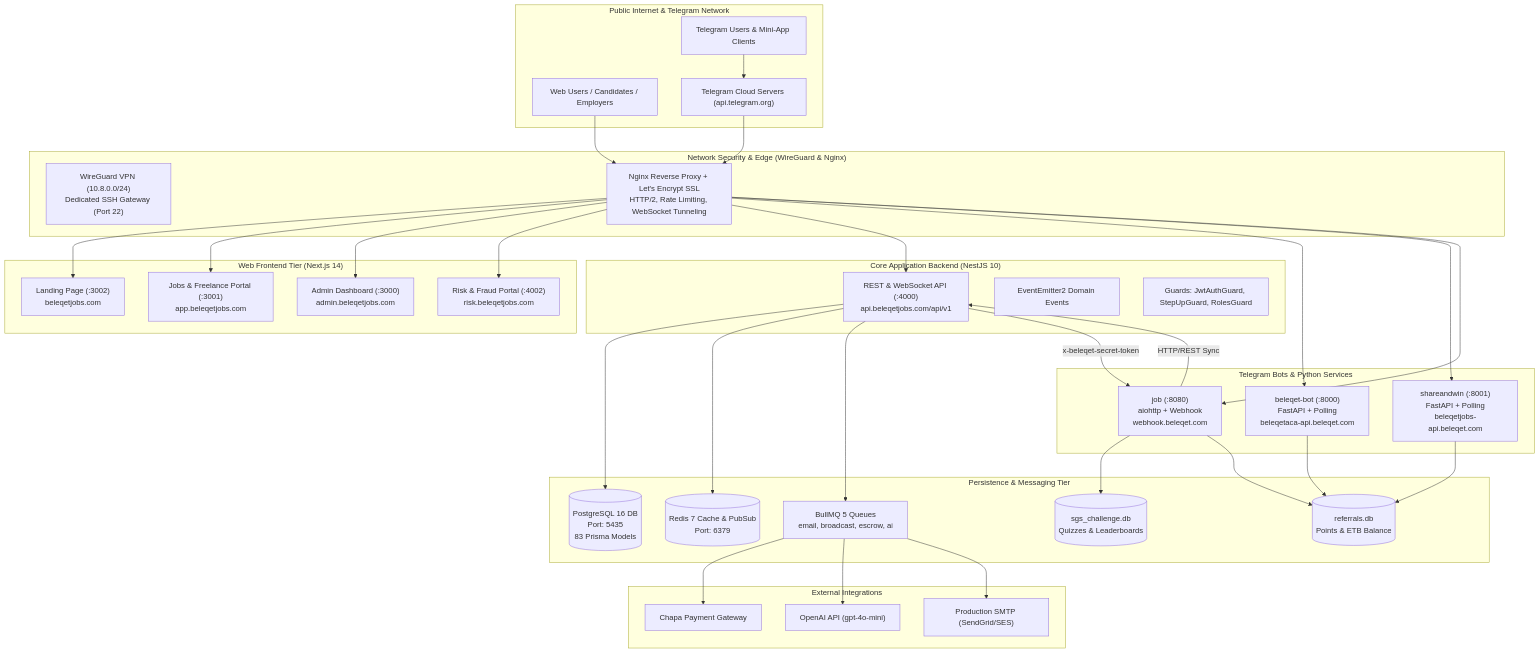
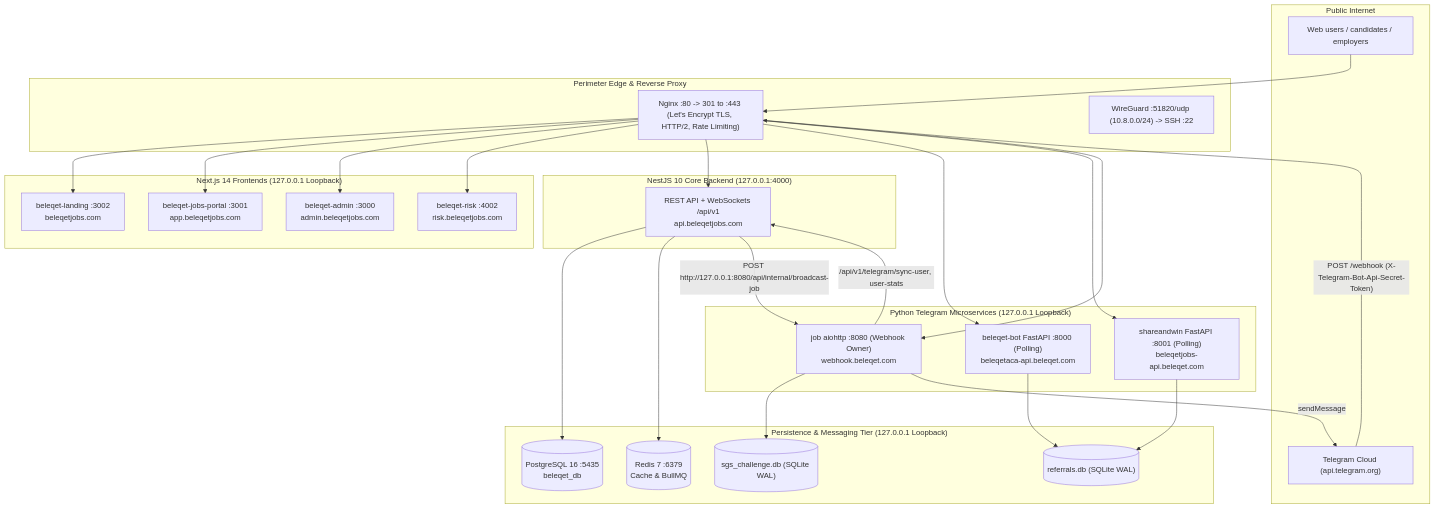
The first of 2 diagrams in docs/beleqet-jobs-system-documentation.md (Beleqet-Main-Ecosystem/beleqet-ecosystem-updated), drawn with Mermaid before and after one commit. The commit also changed other lines of this file, not shown here.

Commit message:
docs(system): finalize v2.5.0 standalone engineering & architecture specification

````diff
--- a/docs/beleqet-jobs-system-documentation.md
+++ b/docs/beleqet-jobs-system-documentation.md
@@ -77,63 +50,46 @@
 ```mermaid
 flowchart TB
-    subgraph InternetEdge ["Public Internet & Telegram Network"]
-        Users["Web Users / Candidates / Employers"]
-        TgClients["Telegram Users & Mini-App Clients"]
-        TgServers["Telegram Cloud Servers (api.telegram.org)"]
-    end
+  subgraph Public["Public Internet"]
+    U["Web users / candidates / employers"]
+    T["Telegram Cloud (api.telegram.org)"]
+  end
 
-    subgraph SecurityPerimeter ["Network Security & Edge (WireGuard & Nginx)"]
-        WireGuard["WireGuard VPN (10.8.0.0/24)<br>Dedicated SSH Gateway (Port 22)"]
-        NginxEdge["Nginx Reverse Proxy + Let's Encrypt SSL<br>HTTP/2, Rate Limiting, WebSocket Tunneling"]
-    end
+  subgraph Edge["Perimeter Edge & Reverse Proxy"]
+    NG["Nginx :80 -> 301 to :443 (Let's Encrypt TLS, HTTP/2, Rate Limiting)"]
+    WG["WireGuard :51820/udp (10.8.0.0/24) -> SSH :22"]
+  end
 
-    subgraph NextjsCluster ["Web Frontend Tier (Next.js 14)"]
-        Landing["Landing Page (:3002)<br>beleqetjobs.com"]
-        Portal["Jobs & Freelance Portal (:3001)<br>app.beleqetjobs.com"]
-        AdminUI["Admin Dashboard (:3000)<br>admin.beleqetjobs.com"]
-        FraudUI["Risk & Fraud Portal (:4002)<br>risk.beleqetjobs.com"]
-    end
+  subgraph Web["Next.js 14 Frontends (127.0.0.1 Loopback)"]
+    L["beleqet-landing :3002<br>beleqetjobs.com"]
+    P["beleqet-jobs-portal :3001<br>app.beleqetjobs.com"]
+    A["beleqet-admin :3000<br>admin.beleqetjobs.com"]
+    R["beleqet-risk :4002<br>risk.beleqetjobs.com"]
+  end
 
-    subgraph NestjsCore ["Core Application Backend (NestJS 10)"]
-        API["REST & WebSocket API (:4000)<br>api.beleqetjobs.com/api/v1"]
-        EventBus["EventEmitter2 Domain Events"]
-        AuthGuards["Guards: JwtAuthGuard, StepUpGuard, RolesGuard"]
-    end
+  subgraph Core["NestJS 10 Core Backend (127.0.0.1:4000)"]
+    API["REST API + WebSockets /api/v1<br>api.beleqetjobs.com"]
+  end
 
-    subgraph PythonBotCluster ["Telegram Bots & Python Services"]
-        AcaBot["beleqet-bot (:8000)<br>FastAPI + Polling<br>beleqetaca-api.beleqet.com"]
-        ShareBot["shareandwin (:8001)<br>FastAPI + Polling<br>beleqetjobs-api.beleqet.com"]
-        JobsBot["job (:8080)<br>aiohttp + Webhook<br>webhook.beleqet.com"]
-    end
+  subgraph Bots["Python Telegram Microservices (127.0.0.1 Loopback)"]
+    B1["beleqet-bot FastAPI :8000 (Polling)<br>beleqetaca-api.beleqet.com"]
+    B2["shareandwin FastAPI :8001 (Polling)<br>beleqetjobs-api.beleqet.com"]
+    B3["job aiohttp :8080 (Webhook Owner)<br>webhook.beleqet.com"]
+  end
 
-    subgraph StorageTier ["Persistence & Messaging Tier"]
-        Postgres[(PostgreSQL 16 DB<br>Port: 5435<br>83 Prisma Models)]
-        Redis[(Redis 7 Cache & PubSub<br>Port: 6379)]
-        BullMQ["BullMQ 5 Queues<br>email, broadcast, escrow, ai"]
-        SQLiteRef[(referrals.db<br>Points & ETB Balance)]
-        SQLiteSGS[(sgs_challenge.db<br>Quizzes & Leaderboards)]
-    end
+  subgraph Data["Persistence & Messaging Tier (127.0.0.1 Loopback)"]
+    PG[("PostgreSQL 16 :5435<br>beleqet_db")]
+    RD[("Redis 7 :6379<br>Cache & BullMQ")]
+    S1[("referrals.db (SQLite WAL)")]
+    S2[("sgs_challenge.db (SQLite WAL)")]
+  end
 
-    subgraph ExternalGateways ["External Integrations"]
-        Chapa["Chapa Payment Gateway"]
-        OpenAI["OpenAI API (gpt-4o-mini)"]
-        SMTP["Production SMTP (SendGrid/SES)"]
-    end
-
-    Users --> NginxEdge
-    TgClients --> TgServers
-    TgServers --> NginxEdge
-
-    NginxEdge --> Landing & Portal & AdminUI & FraudUI
-    NginxEdge --> API
-    NginxEdge --> AcaBot & ShareBot & JobsBot
-
-    API --> Postgres & Redis & BullMQ
-    BullMQ --> Chapa & OpenAI & SMTP
-
-    API -- "x-beleqet-secret-token" --> JobsBot
-    JobsBot --> SQLiteSGS & SQLiteRef
-    AcaBot & ShareBot --> SQLiteRef
-
-    JobsBot -- "HTTP/REST Sync" --> API
+  U --> NG
+  T -->|"POST /webhook (X-Telegram-Bot-Api-Secret-Token)"| NG
+  NG --> L & P & A & R & API & B1 & B2 & B3
+  API --> PG & RD
+  B1 & B2 --> S1
+  B3 --> S2
+  API -->|"POST http://127.0.0.1:8080/api/internal/broadcast-job"| B3
+  B3 -->|"/api/v1/telegram/sync-user, user-stats"| API
+  B3 -->|"sendMessage"| T
 ```
````
